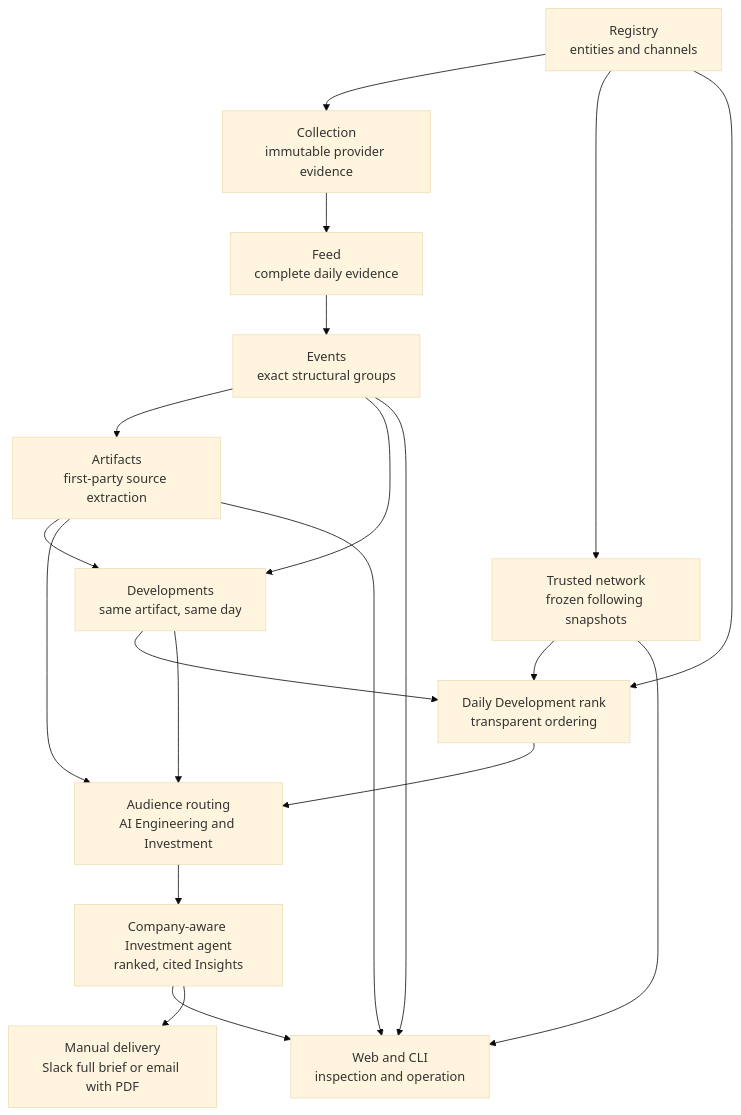
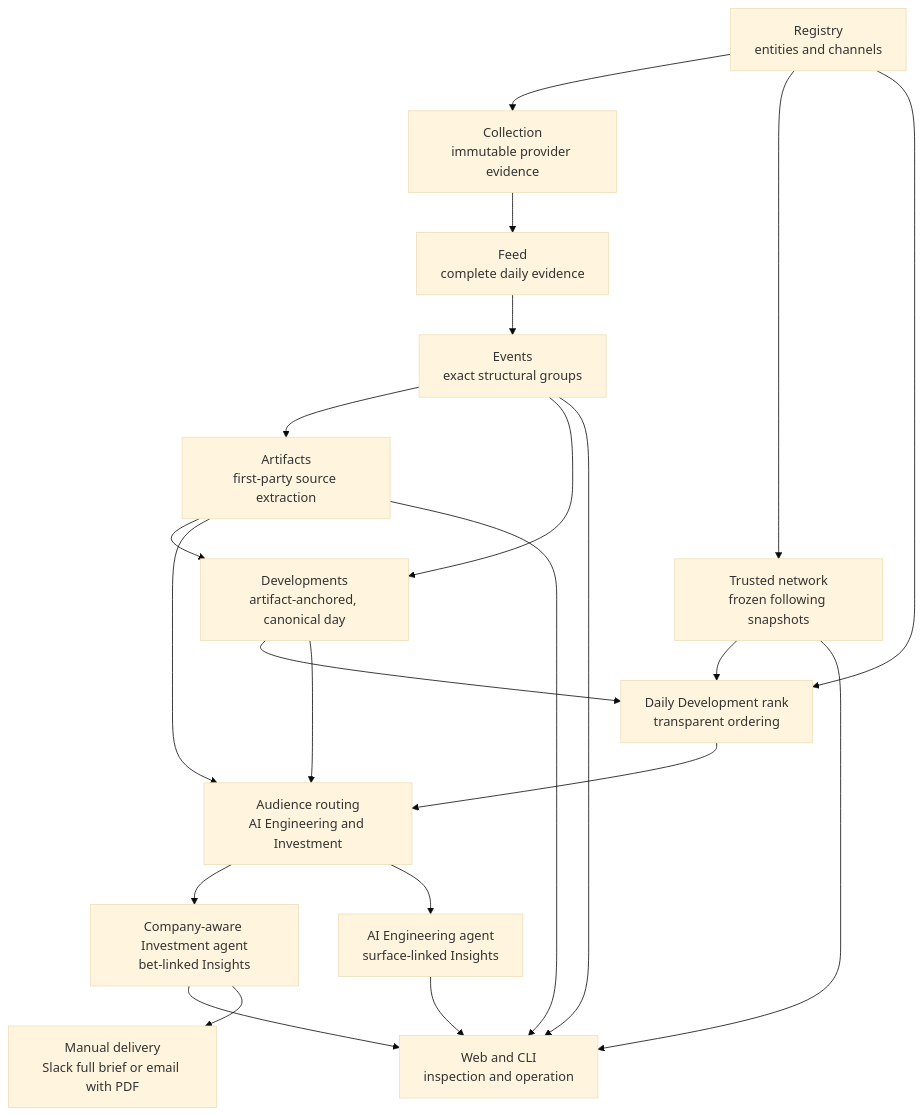
One commit to AdithyanI/frontier-lab-intelligence changed the diagram in docs/architecture/overview.md. Above: the diagram before and after it, drawn with Mermaid (base theme). The commit also changed other lines of this file and 7 other files, not shown here.

````diff
--- a/docs/architecture/overview.md
+++ b/docs/architecture/overview.md
@@ -18,22 +19,24 @@
 ```mermaid
 flowchart TD
     R["Registry<br/>entities and channels"] --> C["Collection<br/>immutable provider evidence"]
     R --> N["Trusted network<br/>frozen following snapshots"]
     C --> F["Feed<br/>complete daily evidence"]
     F --> E["Events<br/>exact structural groups"]
     E --> A["Artifacts<br/>first-party source extraction"]
-    E --> V["Developments<br/>same artifact, same day"]
+    E --> V["Developments<br/>artifact-anchored, canonical day"]
     A --> V
     N --> S["Daily Development rank<br/>transparent ordering"]
     R --> S
     V --> S
     V --> Q["Audience routing<br/>AI Engineering and Investment"]
     A --> Q
     S --> Q
-    Q --> I["Company-aware Investment agent<br/>ranked, cited Insights"]
+    Q --> I["Company-aware Investment agent<br/>bet-linked Insights"]
+    Q --> G["AI Engineering agent<br/>surface-linked Insights"]
     I --> W["Web and CLI<br/>inspection and operation"]
+    G --> W
     I --> D["Manual delivery<br/>Slack full brief or email with PDF"]
     E --> W
     A --> W
     N --> W
 ```
````
